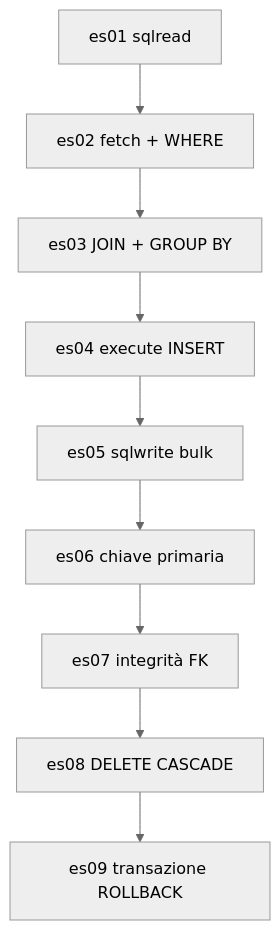
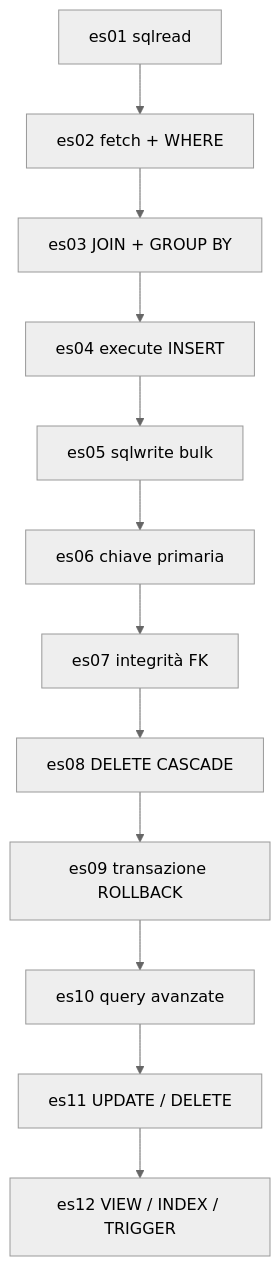
Before and after one commit to lucadagati/Lab_Fondamenti_di_Informatica_25_26: the sixth of 6 diagrams in 07-matlab-sqlite-database/README.md, drawn with Mermaid (neutral theme). The commit also changed other lines of this file and 18 other files, not shown here.

````diff
--- a/07-matlab-sqlite-database/README.md
+++ b/07-matlab-sqlite-database/README.md
@@ -291,11 +363,14 @@
 ```mermaid
 flowchart TD
     es01["es01 sqlread"] --> es02["es02 fetch + WHERE"]
     es02 --> es03["es03 JOIN + GROUP BY"]
     es03 --> es04["es04 execute INSERT"]
     es04 --> es05["es05 sqlwrite bulk"]
     es05 --> es06["es06 chiave primaria"]
     es06 --> es07["es07 integrità FK"]
     es07 --> es08["es08 DELETE CASCADE"]
     es08 --> es09["es09 transazione ROLLBACK"]
+    es09 --> es10["es10 query avanzate"]
+    es10 --> es11["es11 UPDATE / DELETE"]
+    es11 --> es12["es12 VIEW / INDEX / TRIGGER"]
 ```
````
